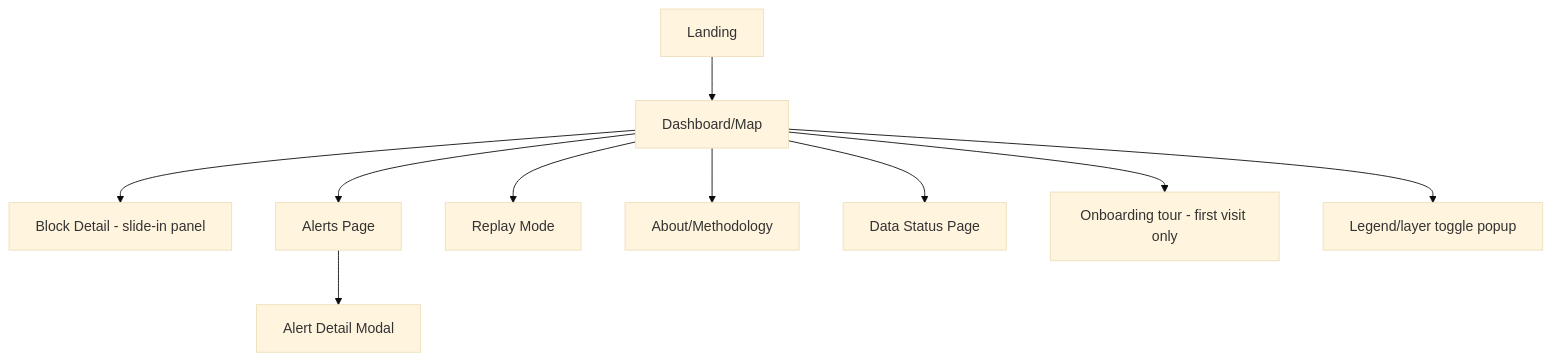
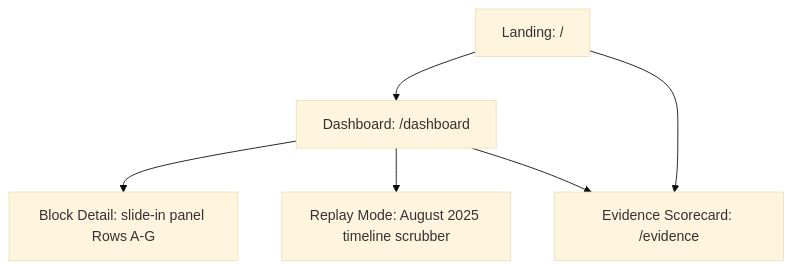
The diagram in docs/08_frontend_and_design.md (priyanshukamal26/meghdoot), drawn with Mermaid (base theme) before and after one commit. The commit also changed other lines of this file and 5 other files, not shown here.

````diff
--- a/docs/08_frontend_and_design.md
+++ b/docs/08_frontend_and_design.md
@@ -5,11 +11,8 @@
 ```mermaid
 flowchart TD
-    LAND[Landing] --> DASH[Dashboard/Map]
-    DASH --> BLOCKDET[Block Detail - slide-in panel]
-    DASH --> ALERTPAGE[Alerts Page] --> ALERTMODAL[Alert Detail Modal]
-    DASH --> REPLAY[Replay Mode]
-    DASH --> ABOUT[About/Methodology]
-    DASH --> STATUS[Data Status Page]
-    DASH --> ONBOARD[Onboarding tour - first visit only]
-    DASH --> LEGEND[Legend/layer toggle popup]
+    LAND[Landing: /] --> DASH[Dashboard: /dashboard]
+    DASH --> BLOCKDET[Block Detail: slide-in panel Rows A-G]
+    DASH --> REPLAY[Replay Mode: August 2025 timeline scrubber]
+    DASH --> EVID[Evidence Scorecard: /evidence]
+    LAND --> EVID
 ```
````
